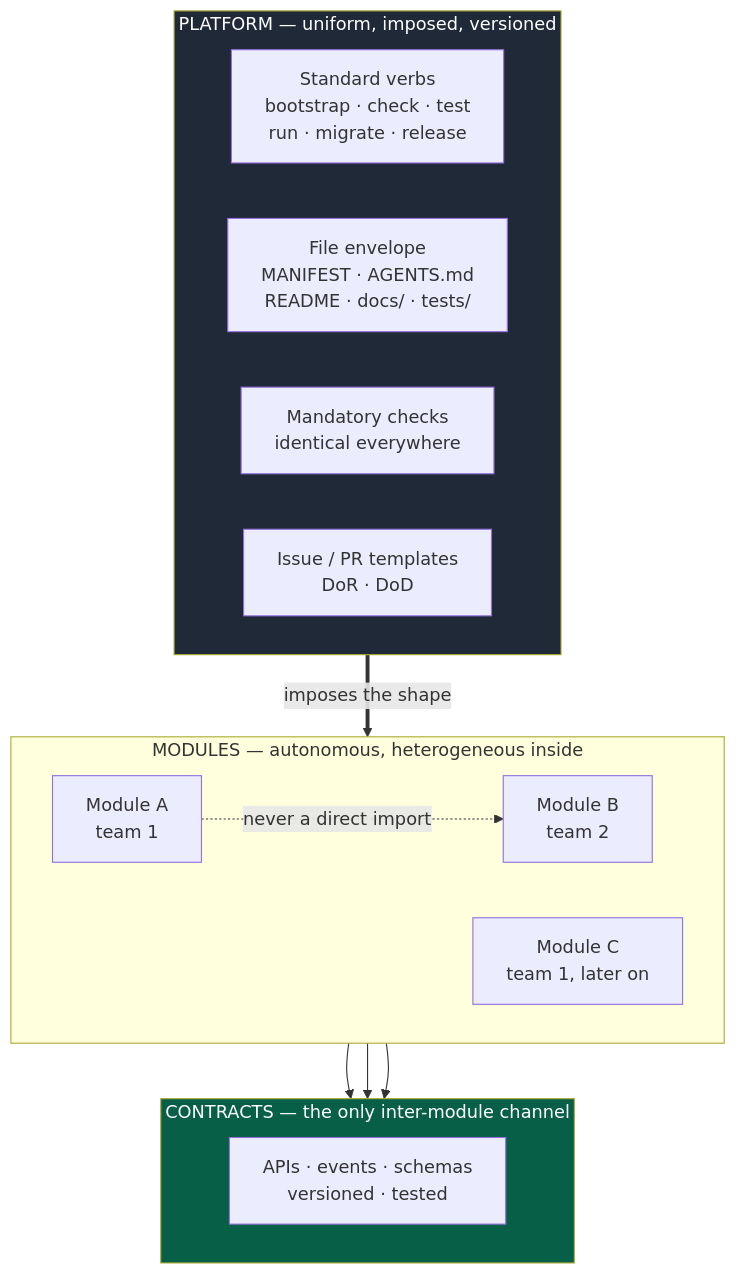
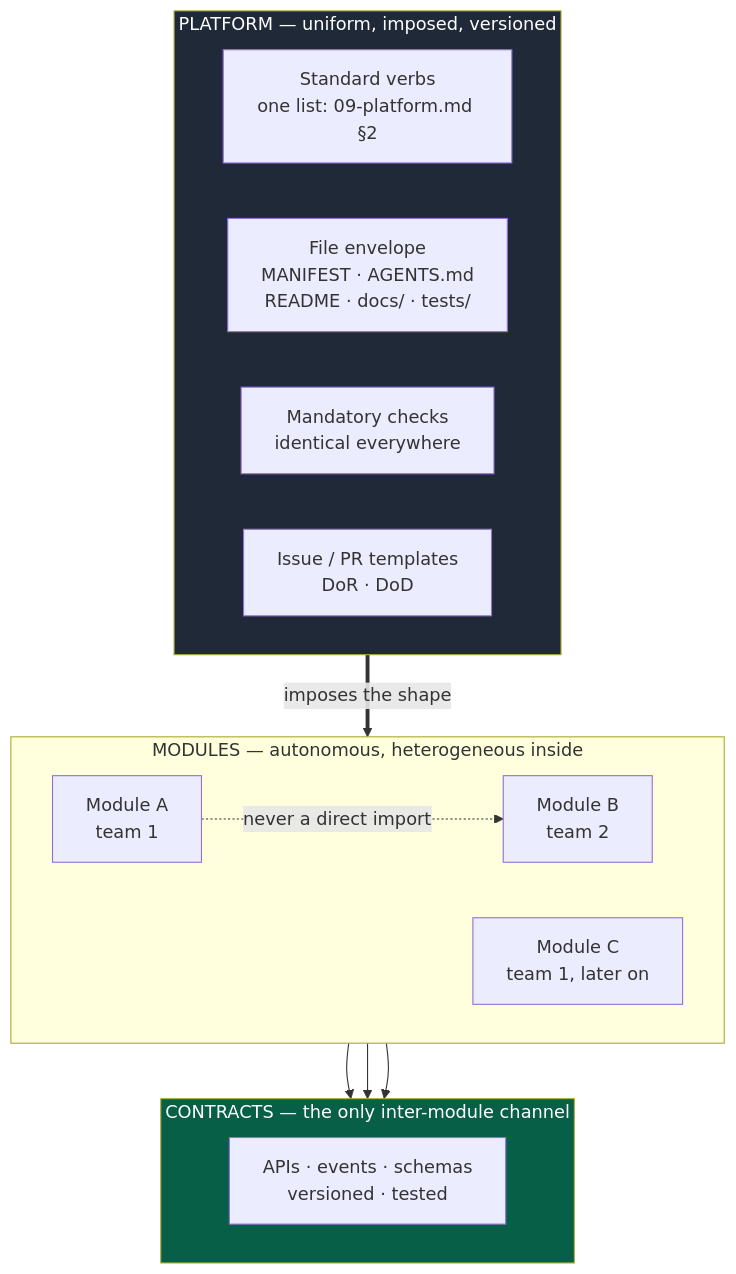
Before and after one commit to NapkinStack/wholeheard: the first of 5 diagrams in .nstack/handbook/02-modules.md, drawn with Mermaid. The commit also changed other lines of this file and 27 other files, not shown here.

````diff
--- a/.nstack/handbook/02-modules.md
+++ b/.nstack/handbook/02-modules.md
@@ -28,31 +28,31 @@
 ```mermaid
 flowchart TB
     subgraph P["PLATFORM — uniform, imposed, versioned"]
         direction LR
-        P1["Standard verbs<br/>bootstrap · check · test<br/>run · migrate · release"]
+        P1["Standard verbs<br/>one list: 09-platform.md §2"]
         P2["File envelope<br/>MANIFEST · AGENTS.md<br/>README · docs/ · tests/"]
         P3["Mandatory checks<br/>identical everywhere"]
         P4["Issue / PR templates<br/>DoR · DoD"]
     end
 
     subgraph M["MODULES — autonomous, heterogeneous inside"]
         direction LR
         MA["Module A<br/>team 1"]
         MB["Module B<br/>team 2"]
         MC["Module C<br/>team 1, later on"]
     end
 
     subgraph C["CONTRACTS — the only inter-module channel"]
         direction LR
         CT["APIs · events · schemas<br/>versioned · tested"]
     end
 
     P ==>|"imposes the shape"| M
     MA -.->|"never a direct import"| MB
     MA --> CT
     MB --> CT
     MC --> CT
 
     style P fill:#1f2937,color:#fff
     style C fill:#065f46,color:#fff
 ```
````
